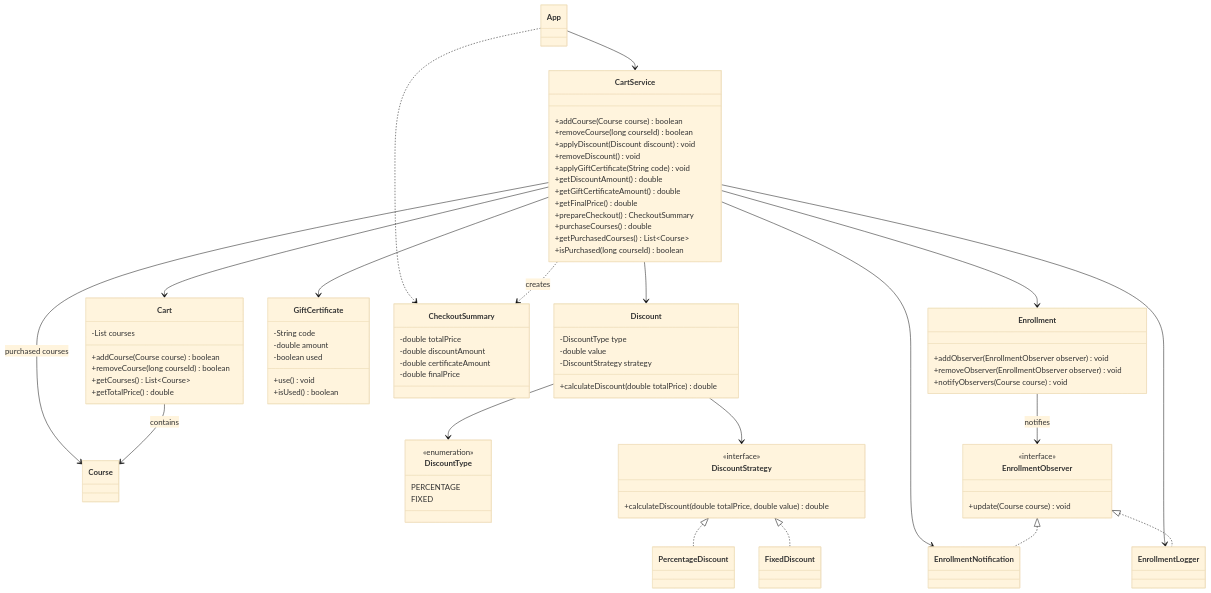
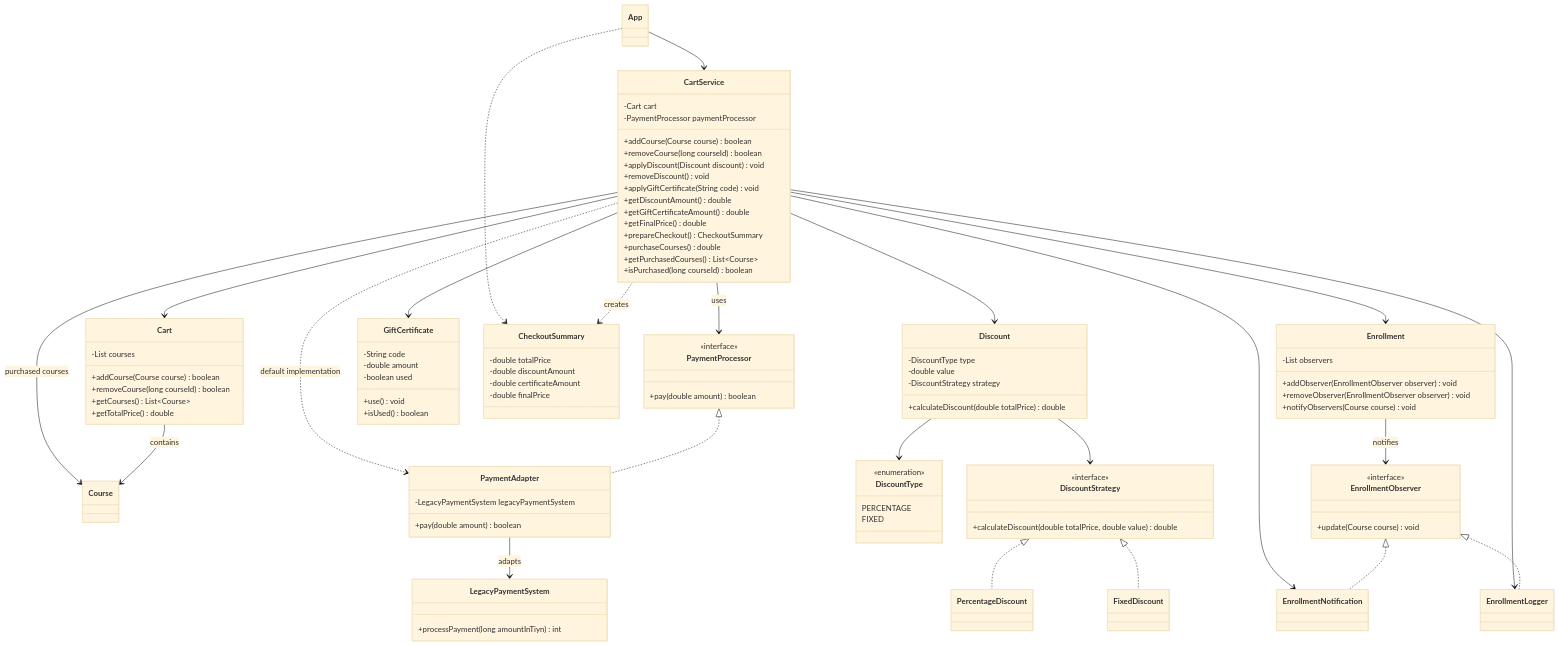
Before and after one commit to extwel/LinguaHub: the third of 8 diagrams in README.md, drawn with Mermaid (base theme). The commit also changed other lines of this file, not shown here.

Commit message:
docs: update README and architecture diagrams for M3-06

````diff
--- a/README.md
+++ b/README.md
@@ -186,9 +207,8 @@
-```mermaid
+~~~mermaid
 classDiagram
     direction TB
 
     class App
-
     class Course
 
     class Cart {
@@ -200,6 +220,8 @@
     }
 
     class CartService {
+        -Cart cart
+        -PaymentProcessor paymentProcessor
         +addCourse(Course course) boolean
         +removeCourse(long courseId) boolean
         +applyDiscount(Discount discount) void
@@ -212,6 +234,20 @@
         +purchaseCourses() double
         +getPurchasedCourses() List~Course~
         +isPurchased(long courseId) boolean
+    }
+
+    class PaymentProcessor {
+        <<interface>>
+        +pay(double amount) boolean
+    }
+
+    class PaymentAdapter {
+        -LegacyPaymentSystem legacyPaymentSystem
+        +pay(double amount) boolean
+    }
+
+    class LegacyPaymentSystem {
+        +processPayment(long amountInTiyn) int
     }
 
     class Discount {
@@ -251,6 +287,7 @@
     }
 
     class Enrollment {
+        -List observers
         +addObserver(EnrollmentObserver observer) void
         +removeObserver(EnrollmentObserver observer) void
         +notifyObservers(Course course) void
@@ -269,6 +306,12 @@
 
     CartService ..> CheckoutSummary : creates
     CartService --> Cart
+    CartService --> PaymentProcessor : uses
+    CartService ..> PaymentAdapter : default implementation
+
+    PaymentProcessor <|.. PaymentAdapter
+    PaymentAdapter --> LegacyPaymentSystem : adapts
+
     CartService --> Discount
     CartService --> GiftCertificate
     CartService --> Enrollment
@@ -285,7 +328,6 @@
     DiscountStrategy <|.. FixedDiscount
 
     Enrollment --> EnrollmentObserver : notifies
-
     EnrollmentObserver <|.. EnrollmentNotification
     EnrollmentObserver <|.. EnrollmentLogger
-```
+~~~
````
